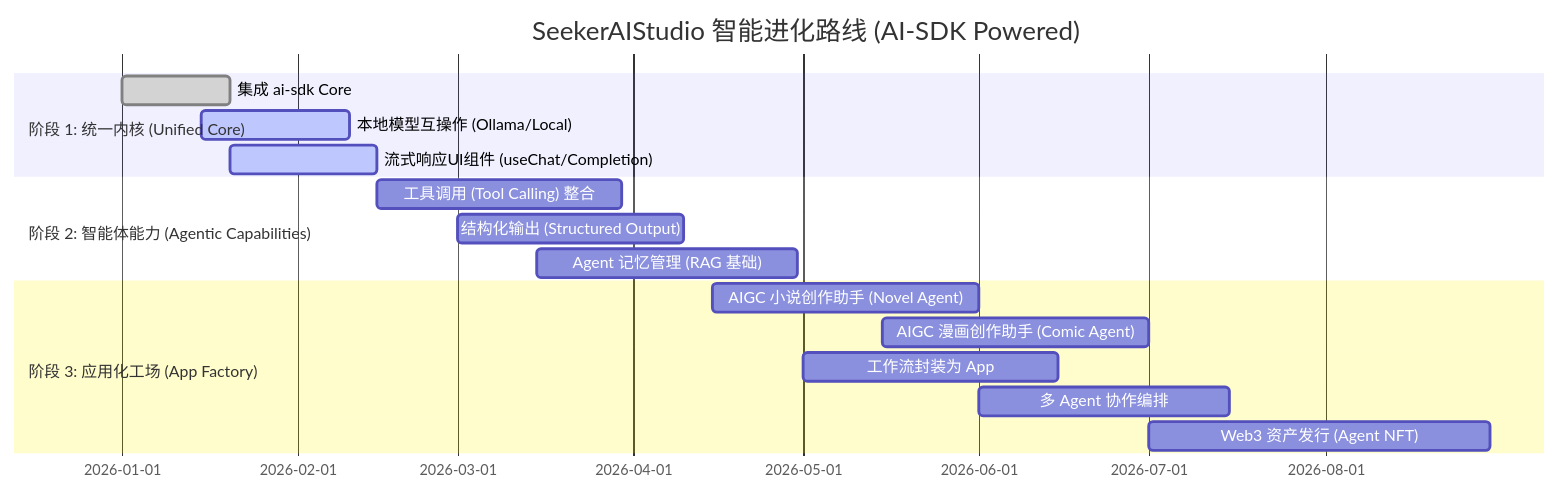
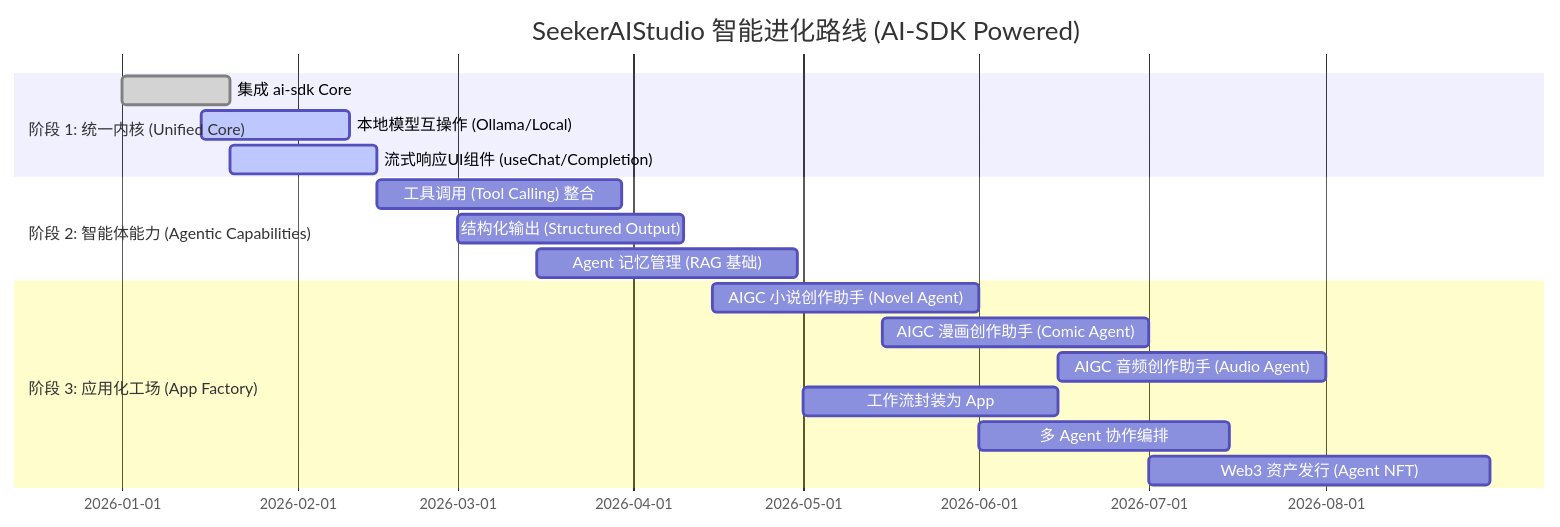
One commit to haike0513/SeekerAIStudio changed the diagram in docs/roadmap/Roadmap.md. Above: the diagram before and after it, drawn with Mermaid. The commit also changed other lines of this file and 12 other files, not shown here.

````diff
--- a/docs/roadmap/Roadmap.md
+++ b/docs/roadmap/Roadmap.md
@@ -7,22 +7,23 @@
 ```mermaid
 gantt
     title SeekerAIStudio 智能进化路线 (AI-SDK Powered)
     dateFormat  YYYY-MM-DD
     
     section 阶段 1: 统一内核 (Unified Core)
     集成 ai-sdk Core                  :done,   task1, 2026-01-01, 2026-01-20
     本地模型互操作 (Ollama/Local)      :active, task2, 2026-01-15, 2026-02-10
     流式响应UI组件 (useChat/Completion):active, task3, 2026-01-20, 2026-02-15
     
     section 阶段 2: 智能体能力 (Agentic Capabilities)
     工具调用 (Tool Calling) 整合       :        task4, 2026-02-15, 2026-03-30
     结构化输出 (Structured Output)    :        task5, 2026-03-01, 2026-04-10
     Agent 记忆管理 (RAG 基础)         :        task6, 2026-03-15, 2026-04-30
     
     section 阶段 3: 应用化工场 (App Factory)
     AIGC 小说创作助手 (Novel Agent)   :        task_novel, 2026-04-15, 2026-06-01
     AIGC 漫画创作助手 (Comic Agent)   :        task_comic, 2026-05-15, 2026-07-01
+    AIGC 音频创作助手 (Audio Agent)   :        task_audio, 2026-06-15, 2026-08-01
     工作流封装为 App                  :        task7, 2026-05-01, 2026-06-15
     多 Agent 协作编排                 :        task8, 2026-06-01, 2026-07-15
     Web3 资产发行 (Agent NFT)         :        task9, 2026-07-01, 2026-08-30
 ```
````
